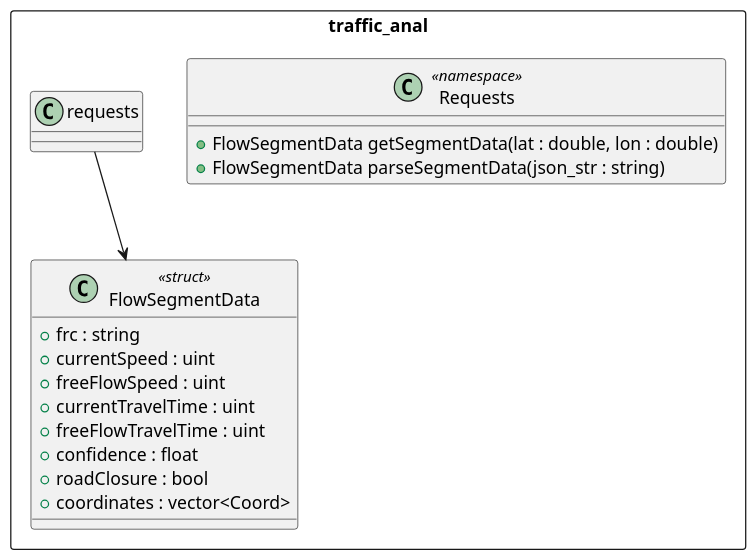
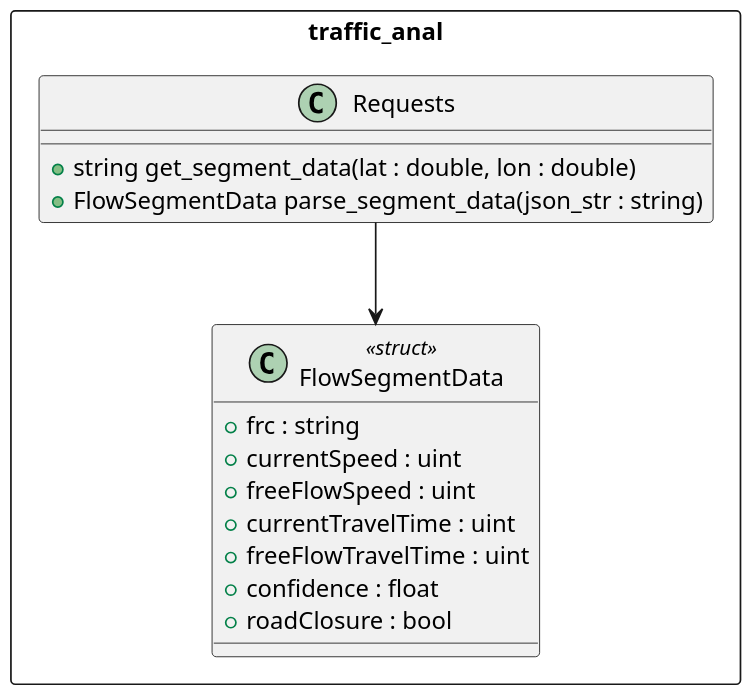
One commit to A-A-Tel/TrafficAnal-CPP changed the diagram in doc/class.puml. Above: the diagram before and after it, drawn with PlantUML. The commit also changed 4 other files, not shown here.

Commit message:
refactored plantuml to tabs

```diff
--- a/doc/class.puml
+++ b/doc/class.puml
@@ -1,26 +1,25 @@
 @startuml
 scale 750 width
 set separator ::
 
 namespace traffic_anal <<Rectangle>> {
 
-    class Requests <<namespace>> {
-        +FlowSegmentData getSegmentData(lat : double, lon : double)
-        +FlowSegmentData parseSegmentData(json_str : string)
-    }
+	class Requests {
+		+string get_segment_data(lat : double, lon : double)
+		+FlowSegmentData parse_segment_data(json_str : string)
+	}
 
-    class FlowSegmentData <<struct>> {
-        +frc : string
-        +currentSpeed : uint
-        +freeFlowSpeed : uint
-        +currentTravelTime : uint
-        +freeFlowTravelTime : uint
-        +confidence : float
-        +roadClosure : bool
-        +coordinates : vector<Coord>
-    }
+	class FlowSegmentData <<struct>> {
+		+frc : string
+		+currentSpeed : uint
+		+freeFlowSpeed : uint
+		+currentTravelTime : uint
+		+freeFlowTravelTime : uint
+		+confidence : float
+		+roadClosure : bool
+	}
 }
 
-traffic_anal::requests --> traffic_anal::FlowSegmentData
+traffic_anal::Requests --> traffic_anal::FlowSegmentData
 
 @enduml
```
